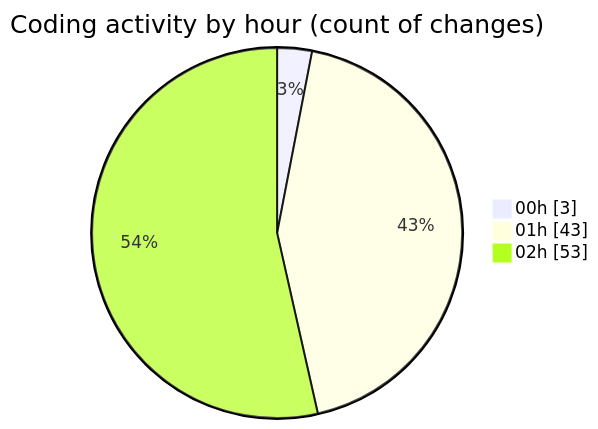
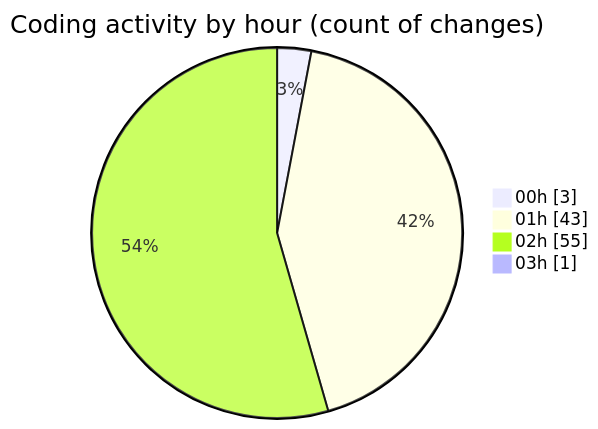
The second of 2 diagrams in 2025-10-02/oura-api/README.md (mevix1/code-tracking), drawn with Mermaid before and after one commit. The commit also changed other lines of this file and 1 other file, not shown here.

````diff
--- a/2025-10-02/oura-api/README.md
+++ b/2025-10-02/oura-api/README.md
@@ -98,7 +100,8 @@
 ```mermaid
 pie showData
 title Coding activity by hour (count of changes)
 "00h" : 3
 "01h" : 43
-"02h" : 53
+"02h" : 55
+"03h" : 1
 ```
````
